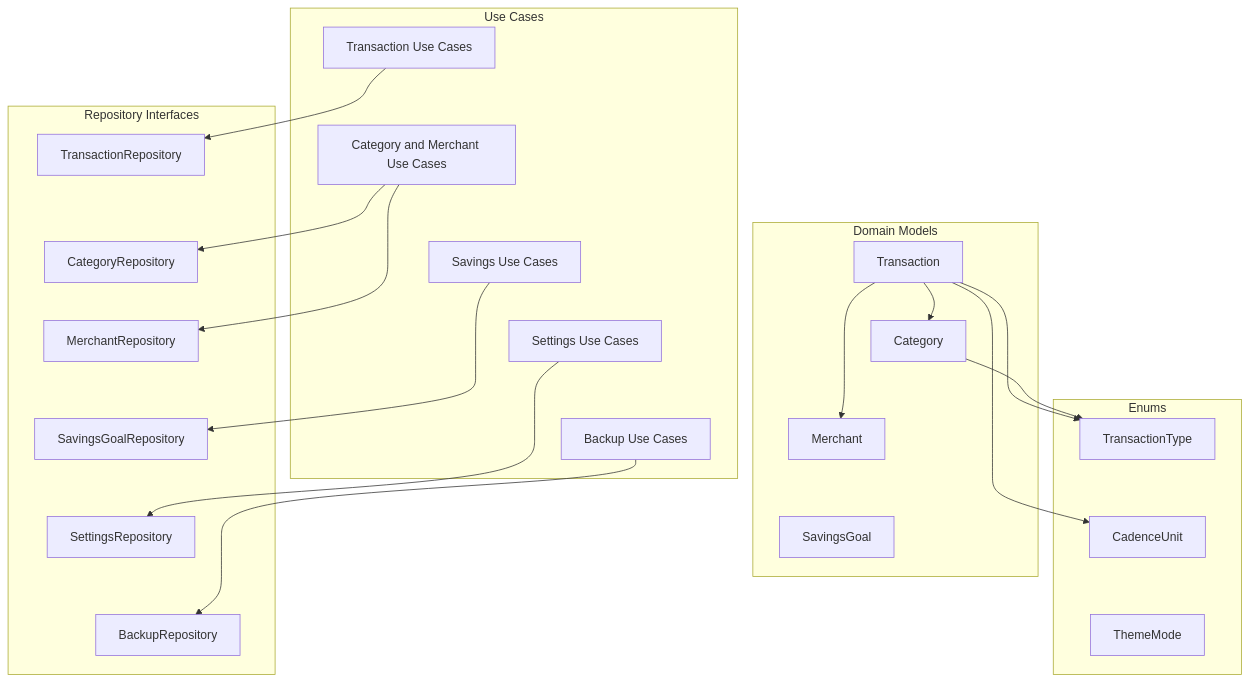
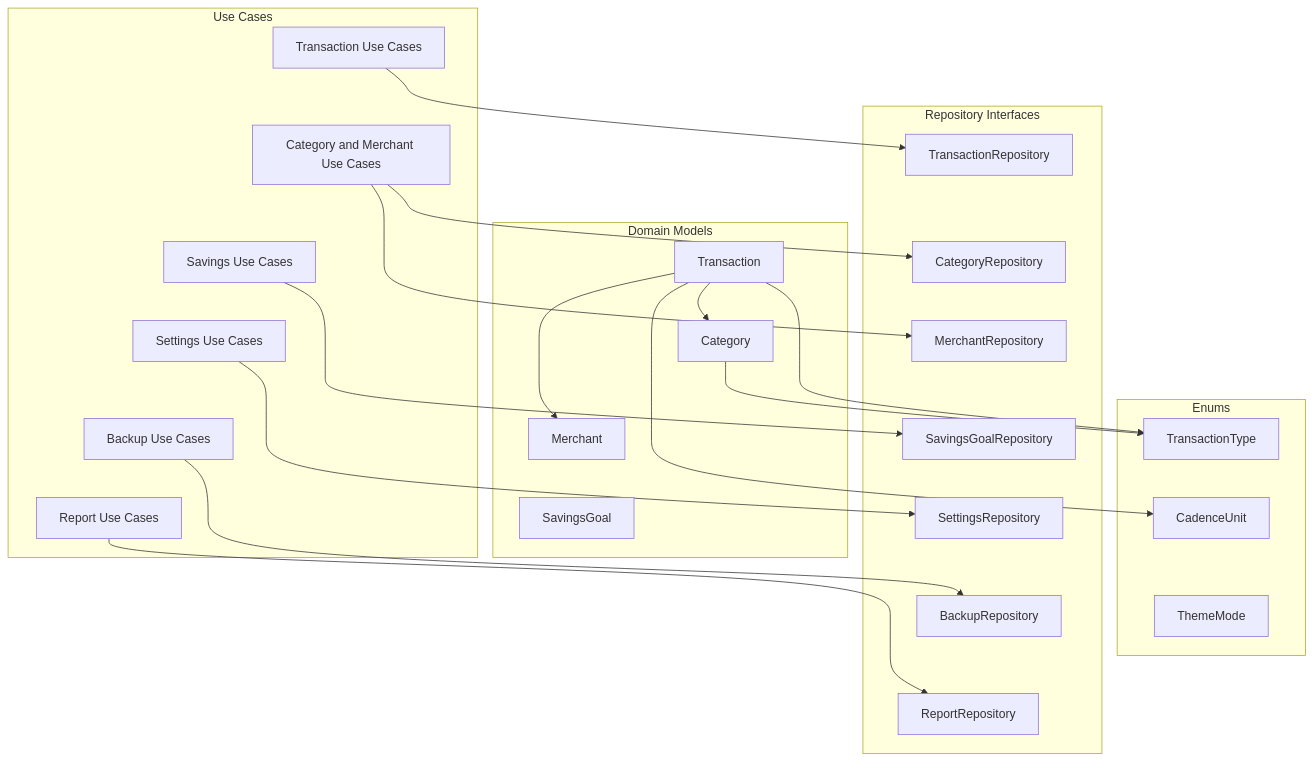
The diagram in docs/architecture/02_domain.md (JFfarrell/financesApp), drawn with Mermaid before and after one commit. The commit also changed other lines of this file and 44 other files, not shown here.

````diff
--- a/docs/architecture/02_domain.md
+++ b/docs/architecture/02_domain.md
@@ -5,48 +5,51 @@
 ```mermaid
 graph TD
 
     subgraph Models["Domain Models"]
         Transaction["Transaction"]
         Transaction ~~~ Category["Category"]
         Category ~~~ Merchant["Merchant"]
         Merchant ~~~ SavingsGoal["SavingsGoal"]
     end
 
     subgraph Enums["Enums"]
         TransactionType["TransactionType"]
         TransactionType ~~~ CadenceUnit["CadenceUnit"]
         CadenceUnit ~~~ ThemeMode["ThemeMode"]
     end
 
     subgraph Interfaces["Repository Interfaces"]
         TR["TransactionRepository"]
         TR ~~~ CR["CategoryRepository"]
         CR ~~~ MR["MerchantRepository"]
         MR ~~~ SGR["SavingsGoalRepository"]
         SGR ~~~ SR["SettingsRepository"]
         SR ~~~ BR["BackupRepository"]
+        BR ~~~ RR["ReportRepository"]
     end
 
     subgraph UseCases["Use Cases"]
         TUC["Transaction Use Cases"]
         TUC ~~~ CUC["Category and Merchant Use Cases"]
         CUC ~~~ SUC["Savings Use Cases"]
         SUC ~~~ STUC["Settings Use Cases"]
         STUC ~~~ BUC["Backup Use Cases"]
+        BUC ~~~ RUC["Report Use Cases"]
     end
 
     Transaction --> TransactionType
     Transaction --> CadenceUnit
     Transaction --> Category
     Transaction --> Merchant
     Category --> TransactionType
 
     TUC --> TR
+    RUC --> RR
     BUC --> BR
     CUC --> CR
     CUC --> MR
     SUC --> SGR
     STUC --> SR
 
     TR ~~~ Transaction
 ```
````
